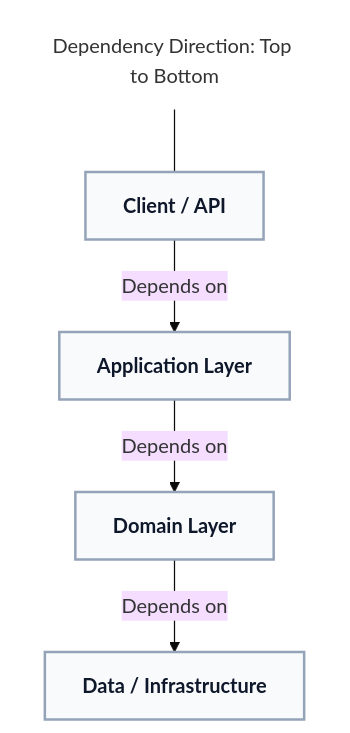
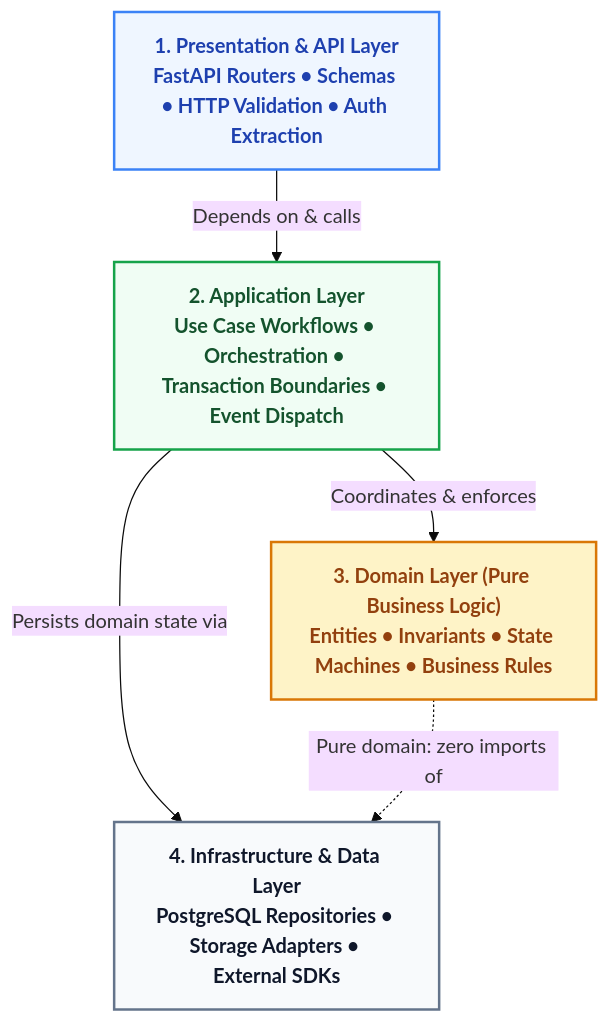
The third of 5 diagrams in docs/architecture/09-System-Architecture.md (davidalbertstark-lab/Lenar), drawn with Mermaid (base theme) before and after one commit. The commit also changed other lines of this file and 28 other files, not shown here.

Commit message:
docs: system-wide diagram redesign for first-instance comprehension

````diff
--- a/docs/architecture/09-System-Architecture.md
+++ b/docs/architecture/09-System-Architecture.md
@@ -155,20 +157,17 @@
 ```mermaid
 flowchart TD
-    classDef layer fill:#f8fafc,stroke:#94a3b8,stroke-width:2px,color:#0f172a,font-weight:bold
-    classDef title fill:none,stroke:none,font-size:14px,font-style:italic
+    classDef apiLayer fill:#eff6ff,stroke:#3b82f6,stroke-width:2px,color:#1e40af,font-weight:bold
+    classDef appLayer fill:#f0fdf4,stroke:#16a34a,stroke-width:2px,color:#14532d,font-weight:bold
+    classDef domainLayer fill:#fef3c7,stroke:#d97706,stroke-width:2px,color:#92400e,font-weight:bold
+    classDef infraLayer fill:#f8fafc,stroke:#64748b,stroke-width:2px,color:#0f172a,font-weight:bold
 
-    Title[Dependency Direction: Top to Bottom]
-    style Title fill:none,stroke:none
+    API["1. Presentation & API Layer<br/><b>FastAPI Routers • Schemas • HTTP Validation • Auth Extraction</b>"]:::apiLayer
+    APP["2. Application Layer<br/><b>Use Case Workflows • Orchestration • Transaction Boundaries • Event Dispatch</b>"]:::appLayer
+    DOMAIN["3. Domain Layer (Pure Business Logic)<br/><b>Entities • Invariants • State Machines • Business Rules</b>"]:::domainLayer
+    INFRA["4. Infrastructure & Data Layer<br/><b>PostgreSQL Repositories • Storage Adapters • External SDKs</b>"]:::infraLayer
 
-    CA[Client / API]
-    AL[Application Layer]
-    DL[Domain Layer]
-    DI[Data / Infrastructure]
-
-    Title --- CA
-    CA -->|Depends on| AL
-    AL -->|Depends on| DL
-    DL -->|Depends on| DI
-
-    class CA,AL,DL,DI layer;
+    API -->|Depends on & calls| APP
+    APP -->|Coordinates & enforces| DOMAIN
+    APP -->|Persists domain state via| INFRA
+    DOMAIN -.->|Pure domain: zero imports of| INFRA
 ```
````
